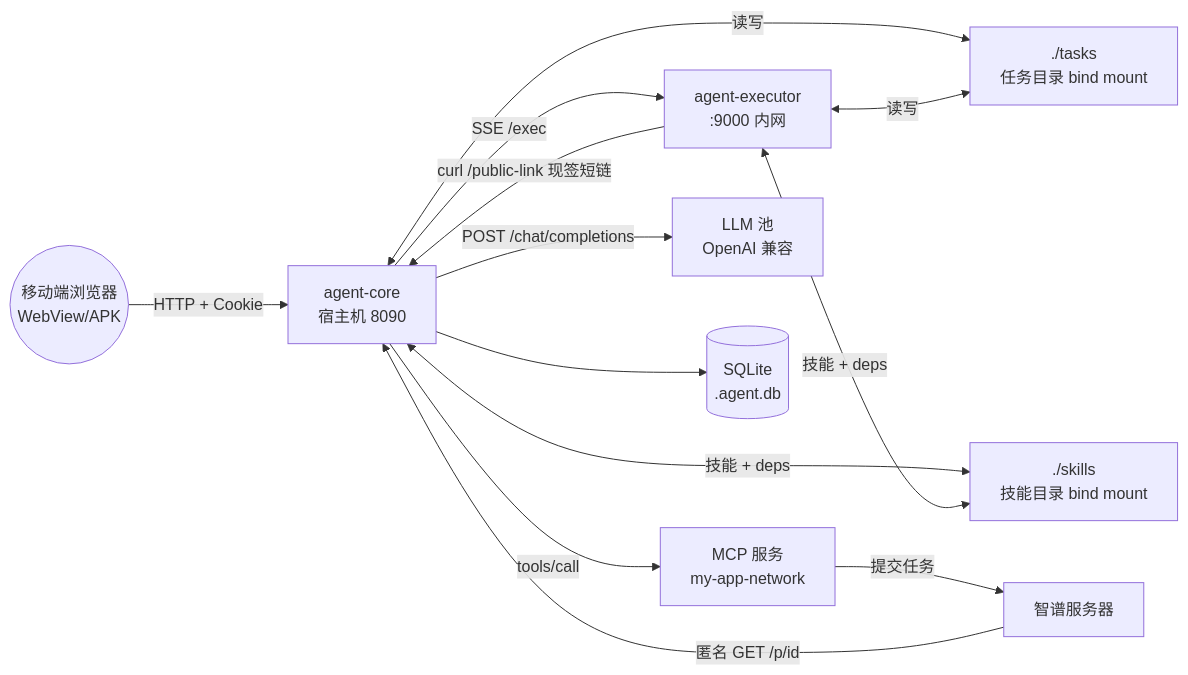
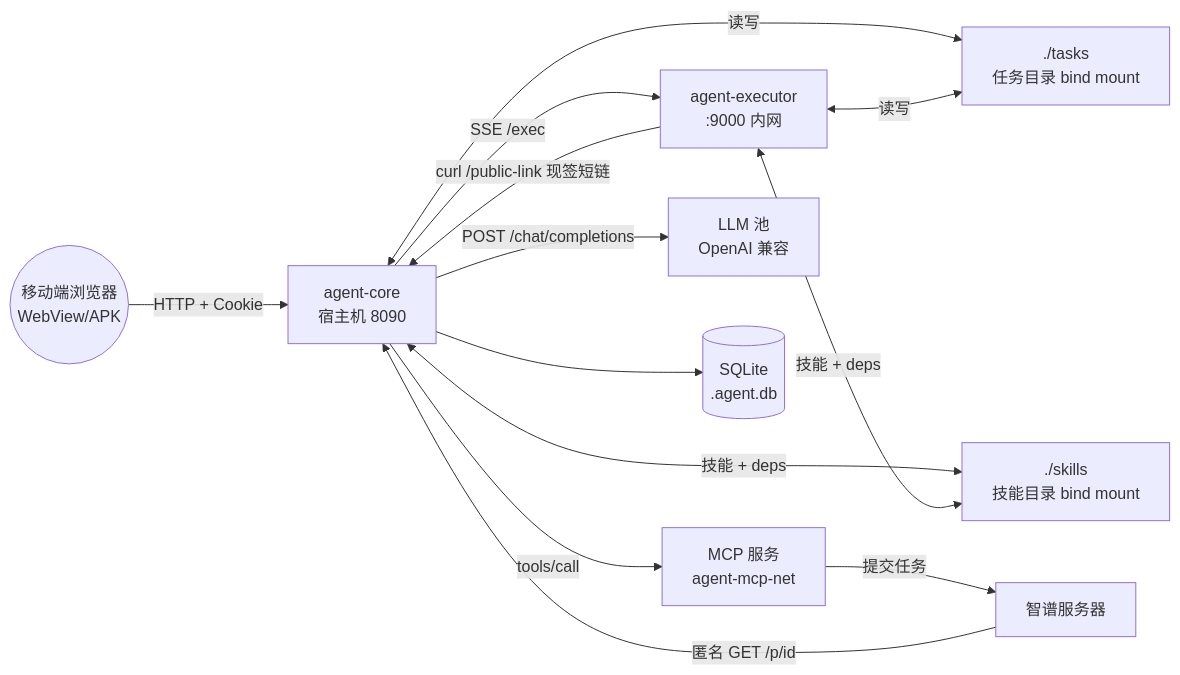
Before and after one commit to kicer/agent: the first of 5 diagrams in docs/ARCHITECTURE.md, drawn with Mermaid. The commit also changed other lines of this file and 5 other files, not shown here.

Commit message:
网络改名：my-app-network → agent-mcp-net（纯改名，其余不变）

````diff
--- a/docs/ARCHITECTURE.md
+++ b/docs/ARCHITECTURE.md
@@ -91,25 +91,25 @@
 ```mermaid
 graph LR
     Browser((移动端浏览器<br/>WebView/APK))
     Core[agent-core<br/>宿主机 8090]
     Exec[agent-executor<br/>:9000 内网]
-    MCP[MCP 服务<br/>my-app-network]
+    MCP[MCP 服务<br/>agent-mcp-net]
     Zhipu[智谱服务器]
     LLM[LLM 池<br/>OpenAI 兼容]
     Tasks[./tasks<br/>任务目录 bind mount]
     Skills[./skills<br/>技能目录 bind mount]
     DB[(SQLite<br/>.agent.db)]
 
     Browser -->|HTTP + Cookie| Core
     Core -->|SSE /exec| Exec
     Core -->|POST /chat/completions| LLM
     Core -->|tools/call| MCP
     MCP -->|提交任务| Zhipu
     Exec -->|curl /public-link 现签短链| Core
     Zhipu -->|匿名 GET /p/id| Core
     Core <-->|读写| Tasks
     Exec <-->|读写| Tasks
     Core <-->|技能 + deps| Skills
     Exec <-->|技能 + deps| Skills
     Core --> DB
 ```
````
